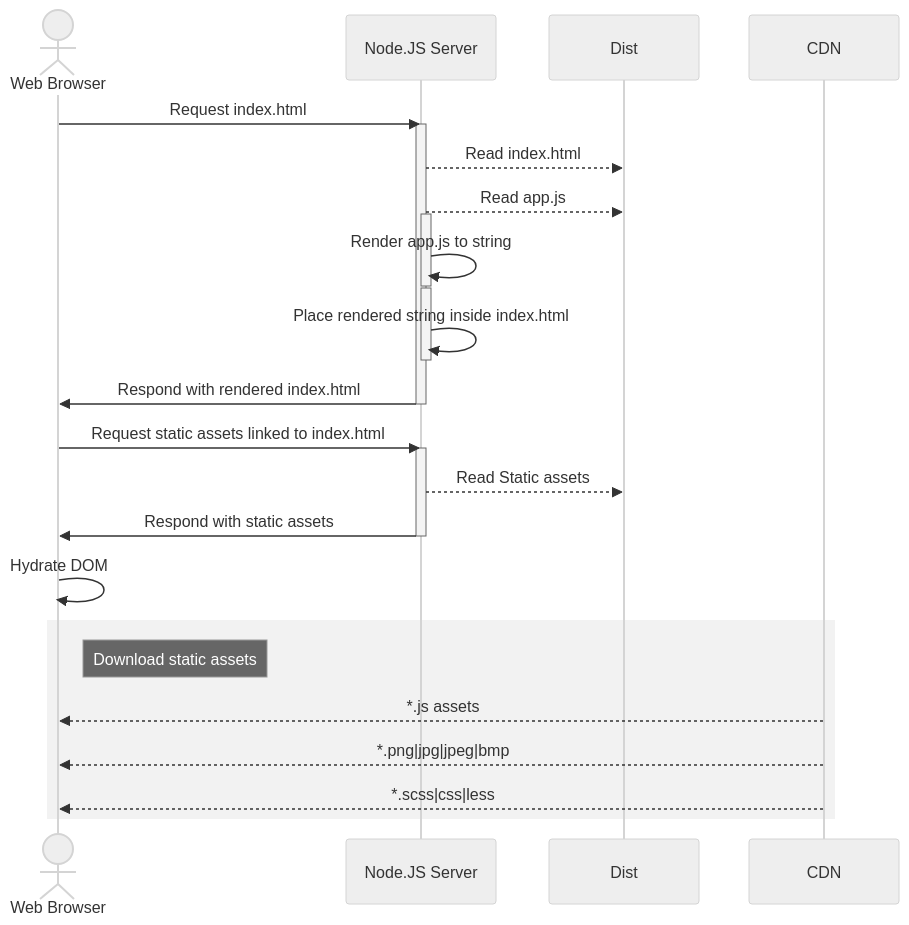
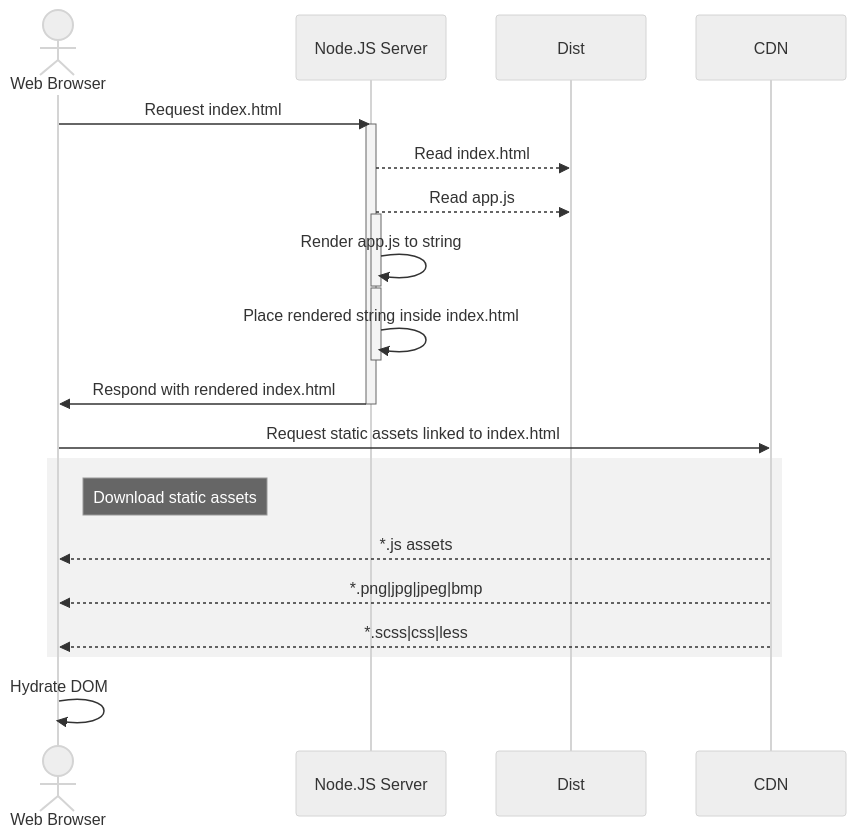
The fourth of 4 diagrams in development-and-deployment-of-pwa-spa-2022/README.md (TheJsGuy/md-blog), drawn with Mermaid (neutral theme) before and after one commit.

````diff
--- a/development-and-deployment-of-pwa-spa-2022/README.md
+++ b/development-and-deployment-of-pwa-spa-2022/README.md
@@ -113,35 +113,31 @@
 ```mermaid
 sequenceDiagram
     actor B as Web Browser
     participant N as Node.JS Server
     participant W as Dist
     participant S as CDN
     
     B->>N: Request index.html
     activate N
     N-->>W: Read index.html
     N-->>W: Read app.js
     activate N
     N->>N: Render app.js to string
     deactivate N
     activate N
     N->>N: Place rendered string inside index.html
     deactivate N
     N->>B: Respond with rendered index.html
     deactivate N
     
-    B->>N: Request static assets linked to index.html
-    activate N
-    N-->>W: Read Static assets
-    N->>B: Respond with static assets
-    Deactivate N
     
-    B->>B: Hydrate DOM
-    
+    B->>S: Request static assets linked to index.html
     rect rgba(0,0,0,0.05)
      note right of B: Download static assets
      S-->>B: *.js assets
      S-->>B: *.png|jpg|jpeg|bmp
      S-->>B: *.scss|css|less
     end
+    
+    B->>B: Hydrate DOM
 ```
````
